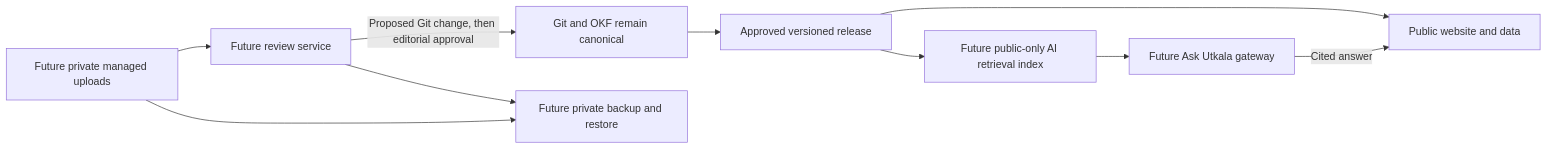
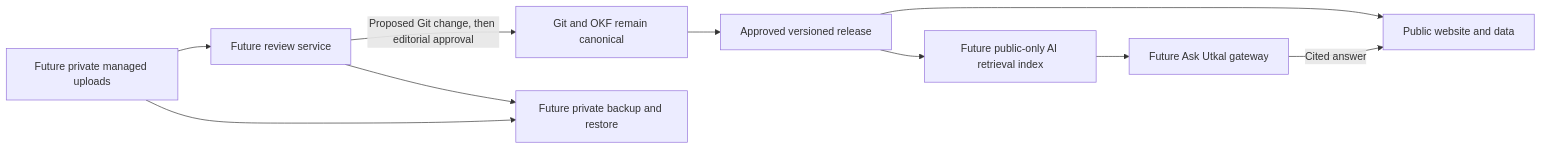
The second of 2 diagrams in kb/research/technology/architecture.md (ahimanikya/utkal-project), drawn with Mermaid before and after one commit. The commit also changed other lines of this file and 54 other files, not shown here.

````diff
--- a/kb/research/technology/architecture.md
+++ b/kb/research/technology/architecture.md
@@ -50,12 +50,12 @@
 ```mermaid
 flowchart LR
   G[Git and OKF remain canonical] --> B[Approved versioned release]
   B --> W[Public website and data]
   U[Future private managed uploads] --> R[Future review service]
   R -->|Proposed Git change, then editorial approval| G
   B --> K[Future public-only AI retrieval index]
-  K --> Q[Future Ask Utkala gateway]
+  K --> Q[Future Ask Utkal gateway]
   Q -->|Cited answer| W
   U --> C[Future private backup and restore]
   R --> C
 ```
````
